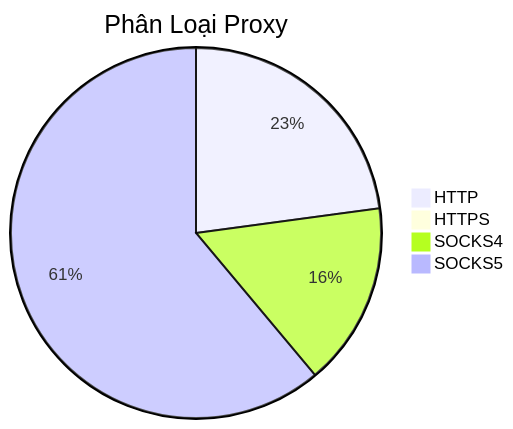
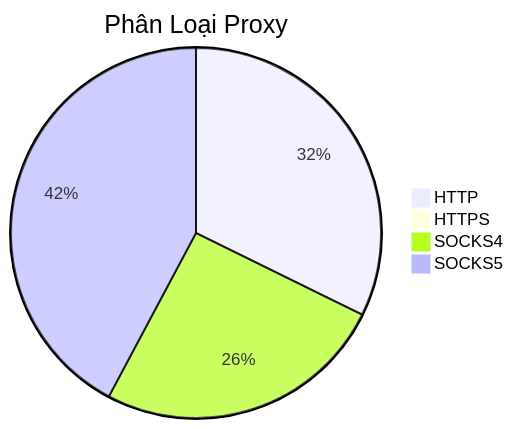
One commit to Ciara-Aa/PROXY-free changed the diagram in README.md. Above: the diagram before and after it, drawn with Mermaid. The commit also changed other lines of this file and 4 other files, not shown here.

````diff
--- a/README.md
+++ b/README.md
@@ -26,7 +26,7 @@
 ```mermaid
 pie title Phân Loại Proxy
-    "HTTP" : 411
-    "HTTPS" : 1
-    "SOCKS4" : 288
-    "SOCKS5" : 1098
+    "HTTP" : 383
+    "HTTPS" : 0
+    "SOCKS4" : 303
+    "SOCKS5" : 501
 ```
````
